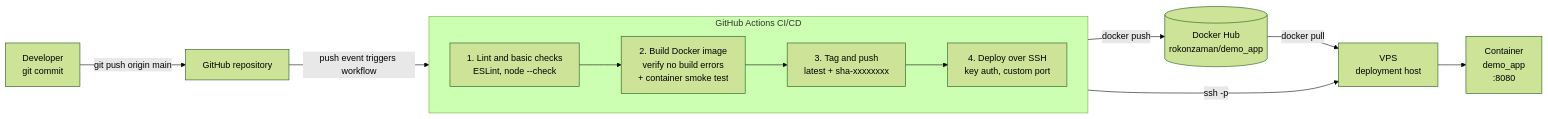
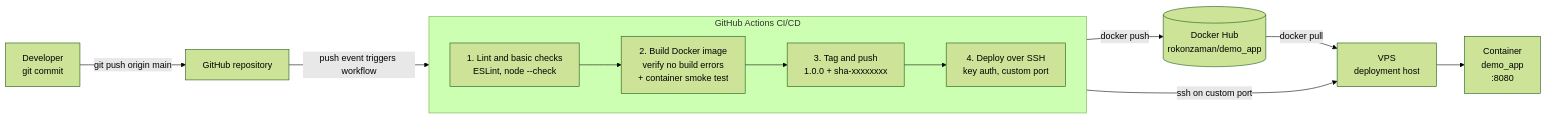
The diagram in README.md (rokonzaman/demo_app), drawn with Mermaid (forest theme) before and after one commit. The commit also changed other lines of this file and 4 other files, not shown here.

Commit message:
ci: tag images with package.json version and deploy repo compose file.

````diff
--- a/README.md
+++ b/README.md
@@ -18,15 +18,15 @@
 ```mermaid
 flowchart LR
     A["Developer<br/>git commit"] -->|"git push origin main"| B["GitHub repository"]
     B -->|"push event triggers workflow"| C
 
     subgraph C["GitHub Actions CI/CD"]
         direction LR
-        C1["1. Lint and basic checks<br/>ESLint, node --check"] --> C2["2. Build Docker image<br/>verify no build errors<br/>+ container smoke test"] --> C3["3. Tag and push<br/>latest + sha-xxxxxxxx"] --> C4["4. Deploy over SSH<br/>key auth, custom port"]
+        C1["1. Lint and basic checks<br/>ESLint, node --check"] --> C2["2. Build Docker image<br/>verify no build errors<br/>+ container smoke test"] --> C3["3. Tag and push<br/>1.0.0 + sha-xxxxxxxx"] --> C4["4. Deploy over SSH<br/>key auth, custom port"]
     end
 
     C3 -->|"docker push"| D[("Docker Hub<br/>rokonzaman/demo_app")]
     D -->|"docker pull"| E["VPS<br/>deployment host"]
-    C4 -->|"ssh -p <vps-port>"| E
+    C4 -->|"ssh on custom port"| E
     E --> F["Container<br/>demo_app<br/>:8080"]
 ```
````
